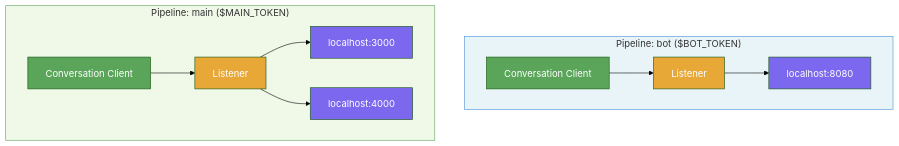
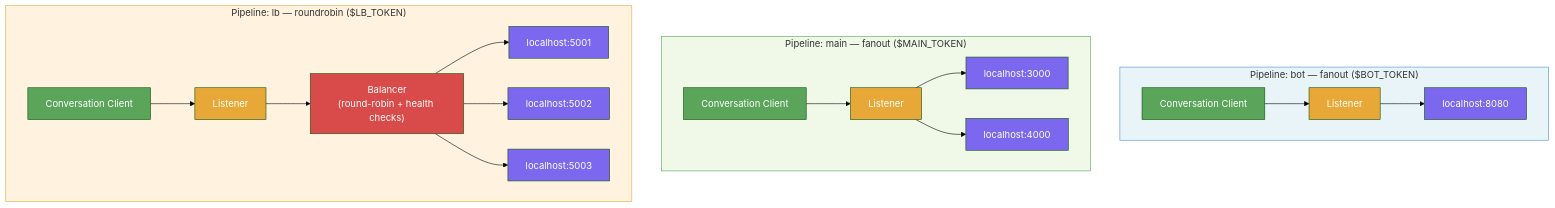
One commit to tejzpr/webex-go-hookbuster changed the second of 2 diagrams in README.md. Above: the diagram before and after it, drawn with Mermaid (forest theme). The commit also changed other lines of this file and 8 other files, not shown here.

````diff
--- a/README.md
+++ b/README.md
@@ -149,23 +163,38 @@
 ```mermaid
 flowchart TD
-    subgraph bot["Pipeline: bot ($BOT_TOKEN)"]
+    subgraph bot["Pipeline: bot — fanout ($BOT_TOKEN)"]
         B1["Conversation Client"] --> B2["Listener"]
         B2 --> B3["localhost:8080"]
     end
 
-    subgraph main["Pipeline: main ($MAIN_TOKEN)"]
+    subgraph main["Pipeline: main — fanout ($MAIN_TOKEN)"]
         M1["Conversation Client"] --> M2["Listener"]
         M2 --> M3["localhost:3000"]
         M2 --> M4["localhost:4000"]
     end
 
+    subgraph lb["Pipeline: lb — roundrobin ($LB_TOKEN)"]
+        L1["Conversation Client"] --> L2["Listener"]
+        L2 --> L3["Balancer\n(round-robin + health checks)"]
+        L3 --> L4["localhost:5001"]
+        L3 --> L5["localhost:5002"]
+        L3 --> L6["localhost:5003"]
+    end
+
     style bot fill:#e8f4f8,stroke:#4a90d9
     style main fill:#f0f8e8,stroke:#5ba55b
+    style lb fill:#fff3e0,stroke:#e8a838
     style B1 fill:#5ba55b,color:#fff
     style B2 fill:#e8a838,color:#fff
     style B3 fill:#7b68ee,color:#fff
     style M1 fill:#5ba55b,color:#fff
     style M2 fill:#e8a838,color:#fff
     style M3 fill:#7b68ee,color:#fff
     style M4 fill:#7b68ee,color:#fff
+    style L1 fill:#5ba55b,color:#fff
+    style L2 fill:#e8a838,color:#fff
+    style L3 fill:#d94a4a,color:#fff
+    style L4 fill:#7b68ee,color:#fff
+    style L5 fill:#7b68ee,color:#fff
+    style L6 fill:#7b68ee,color:#fff
 ```
````
